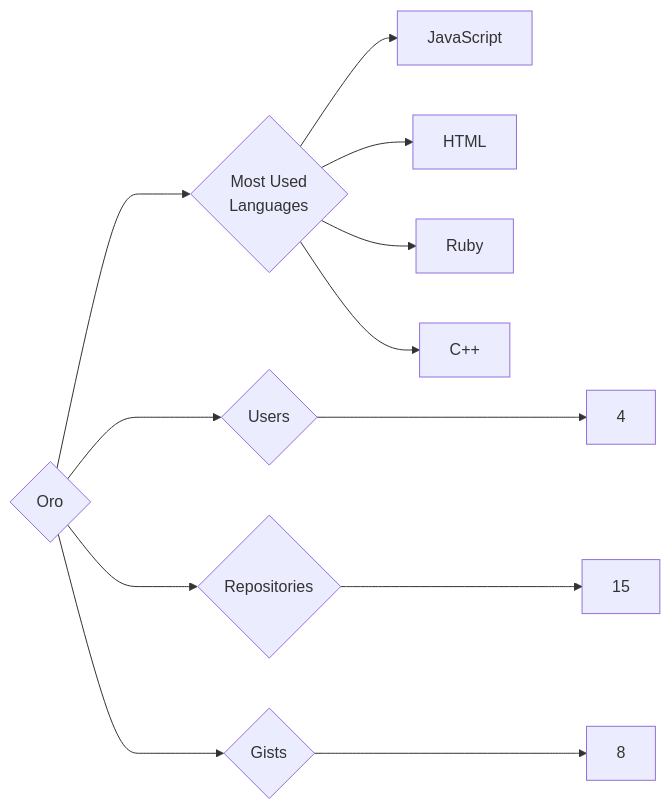
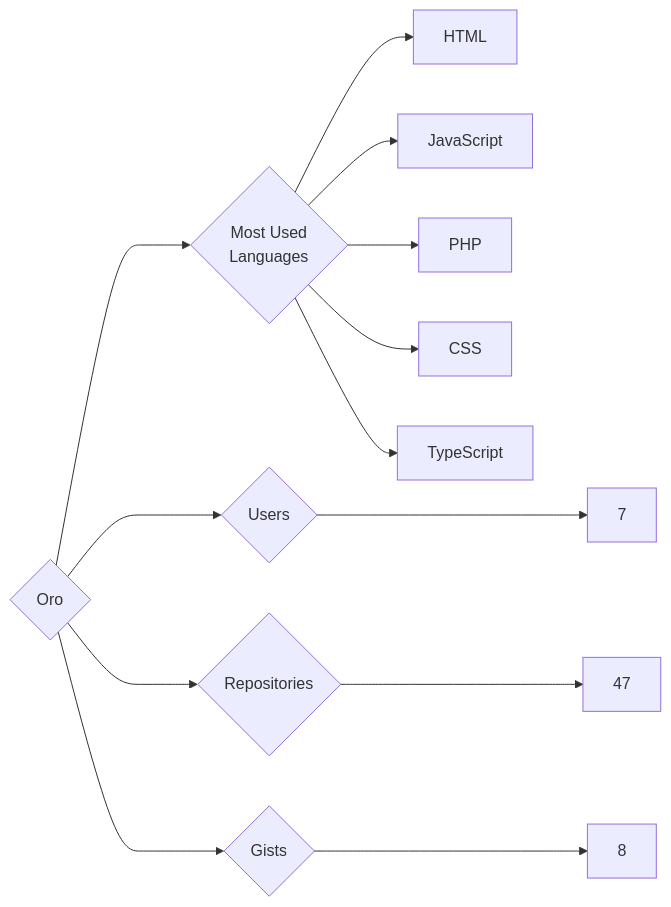
Before and after one commit to trickest/insiders: the diagram in targets/Oro/README.md, drawn with Mermaid. The commit also changed 682 other files, not shown here.

````diff
--- a/targets/Oro/README.md
+++ b/targets/Oro/README.md
@@ -3,12 +3,13 @@
 ```mermaid
 graph LR
 COMPANY_NAME{Oro}
-COMPANY_NAME ---> U{Users} ---> UN[4]
-COMPANY_NAME ---> R{Repositories} ---> RN[15]
+COMPANY_NAME ---> U{Users} ---> UN[7]
+COMPANY_NAME ---> R{Repositories} ---> RN[47]
 COMPANY_NAME ---> G{Gists} ---> GN[8]
 COMPANY_NAME ---> ML{Most Used<br>Languages}
+ML --> HTML[HTML]
 ML --> JavaScript[JavaScript]
-ML --> HTML[HTML]
-ML --> Ruby[Ruby]
-ML --> C++[C++]
+ML --> PHP[PHP]
+ML --> CSS[CSS]
+ML --> TypeScript[TypeScript]
 ```
````
